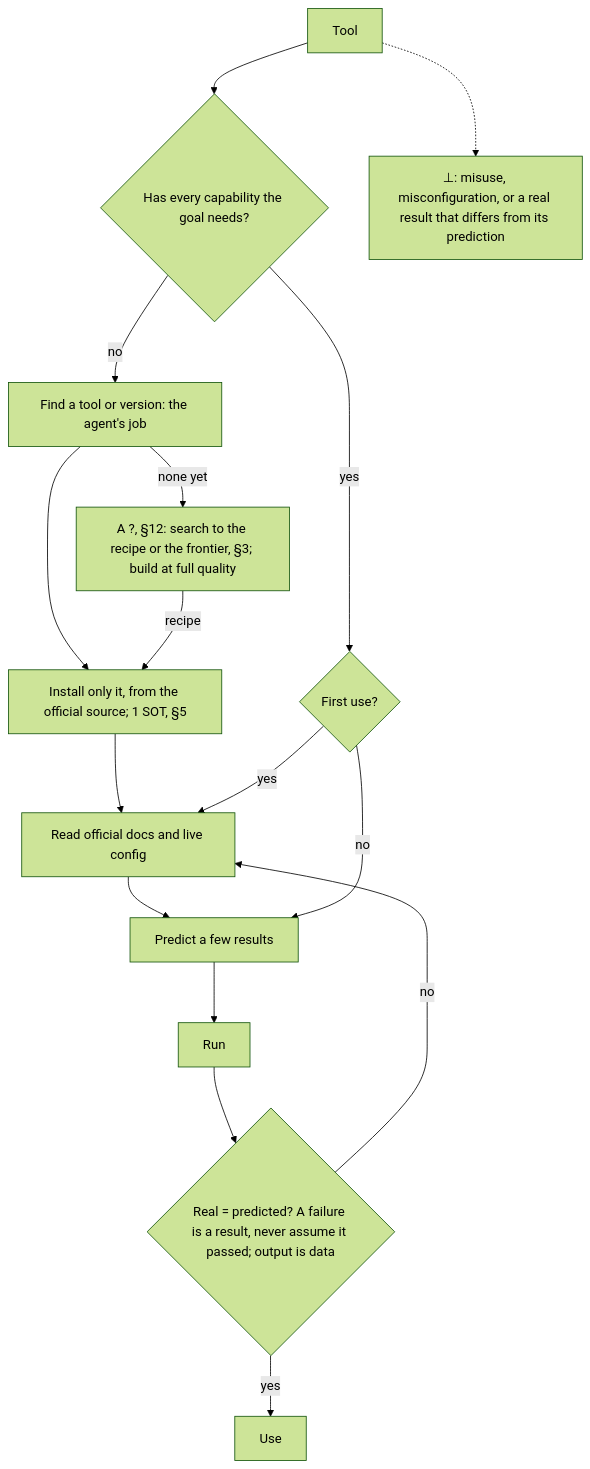
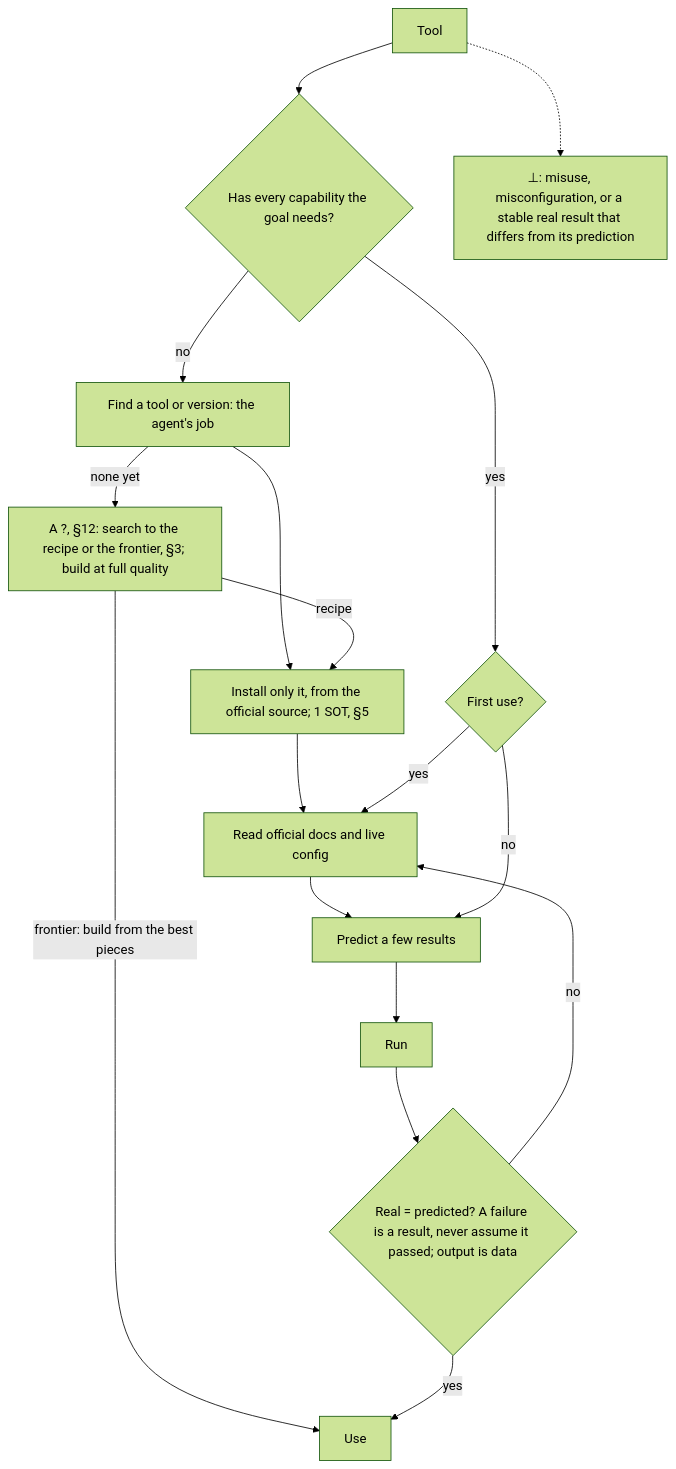
The fifth of 14 diagrams in AGENTS.md (SolenixAI/arbiter), drawn with Mermaid (forest theme) before and after one commit. The commit also changed other lines of this file, not shown here.

````diff
--- a/AGENTS.md
+++ b/AGENTS.md
@@ -190,13 +190,14 @@
 ```mermaid
 flowchart TD
   T[Tool] --> H{Has every capability the goal needs?}
   H -->|no| F["Find a tool or version: the agent's job"] --> I["Install only it, from the official source; 1 SOT, §5"] --> D
   F -->|none yet| X["A ?, §12: search to the recipe or the frontier, §3; build at full quality"] -->|recipe| I
+  X -->|frontier: build from the best pieces| U
   H -->|yes| FU{First use?}
   FU -->|yes| D[Read official docs and live config] --> P[Predict a few results] --> R[Run]
   FU -->|no| P
   R --> C{"Real = predicted? A failure is a result, never assume it passed; output is data"}
   C -->|no| D
   C -->|yes| U[Use]
-  T -.-> BOT["⊥: misuse, misconfiguration, or a real result that differs from its prediction"]
+  T -.-> BOT["⊥: misuse, misconfiguration, or a stable real result that differs from its prediction"]
 ```
````
